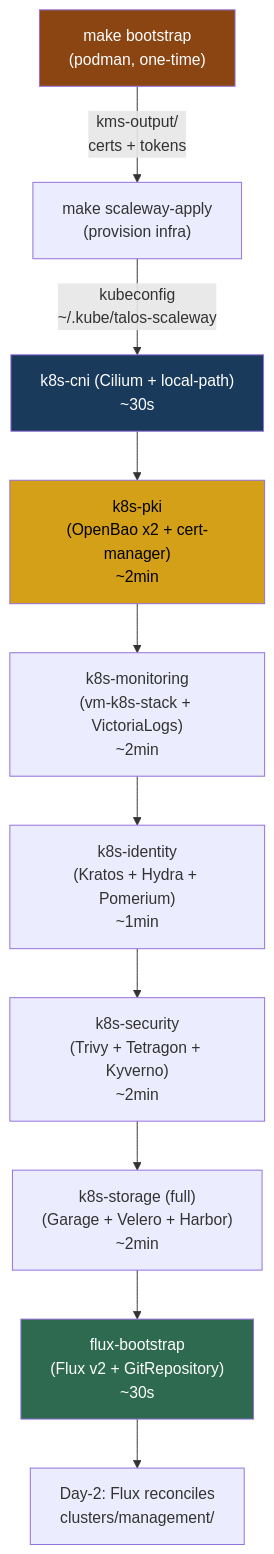
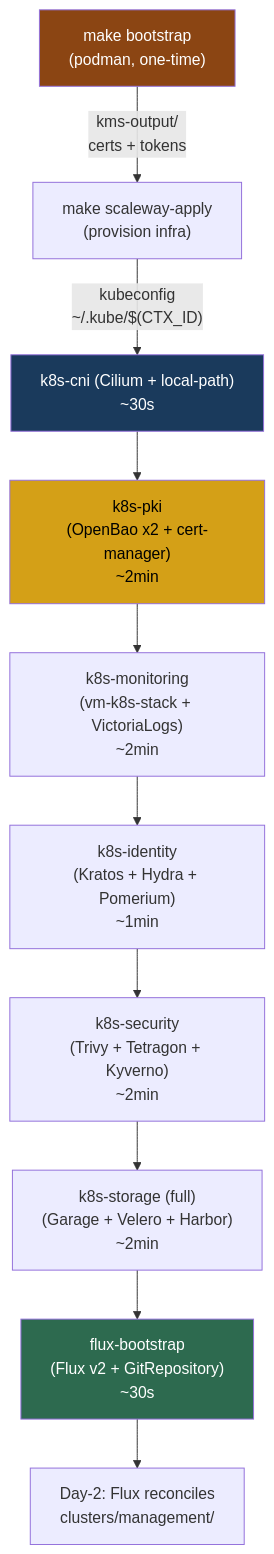
The fifth of 7 diagrams in docs/hld-talos-platform.md (Destynova2/st4ck), drawn with Mermaid before and after one commit. The commit also changed other lines of this file and 21 other files, not shown here.

````diff
--- a/docs/hld-talos-platform.md
+++ b/docs/hld-talos-platform.md
@@ -277,17 +277,17 @@
 ```mermaid
 graph TD
     B["make bootstrap<br/>(podman, one-time)"] --> |"kms-output/<br/>certs + tokens"| ENV
-    ENV["make scaleway-apply<br/>(provision infra)"] --> |"kubeconfig<br/>~/.kube/talos-scaleway"| CNI
+    ENV["make scaleway-apply<br/>(provision infra)"] --> |"kubeconfig<br/>~/.kube/$(CTX_ID)"| CNI
     CNI["k8s-cni (Cilium + local-path)<br/>~30s"] --> PKI["k8s-pki<br/>(OpenBao x2 + cert-manager)<br/>~2min"]
     PKI --> MON["k8s-monitoring<br/>(vm-k8s-stack + VictoriaLogs)<br/>~2min"]
     MON --> IDENT["k8s-identity<br/>(Kratos + Hydra + Pomerium)<br/>~1min"]
     IDENT --> SEC["k8s-security<br/>(Trivy + Tetragon + Kyverno)<br/>~2min"]
     SEC --> STOR["k8s-storage (full)<br/>(Garage + Velero + Harbor)<br/>~2min"]
     STOR --> FLUX["flux-bootstrap<br/>(Flux v2 + GitRepository)<br/>~30s"]
     FLUX --> DAY2["Day-2: Flux reconciles<br/>clusters/management/"]
 
     style B fill:#8B4513,color:#fff
     style CNI fill:#1a3a5c,color:#fff
     style PKI fill:#d4a017,color:#000
     style FLUX fill:#2d6a4f,color:#fff
 ```
````
